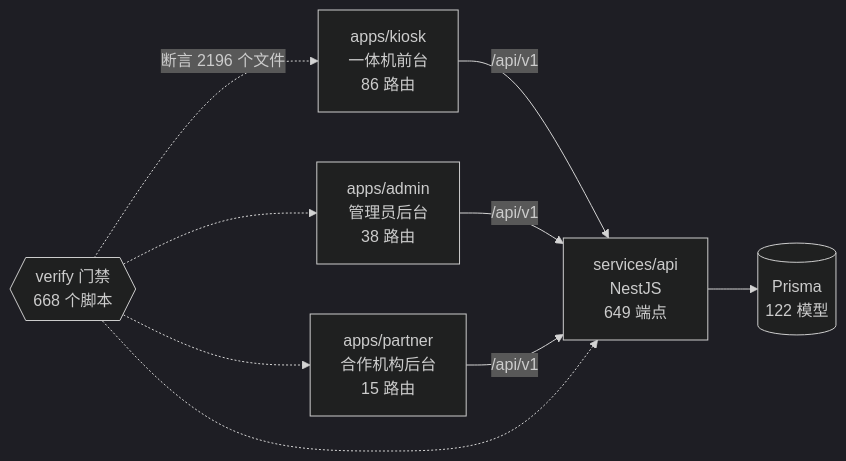
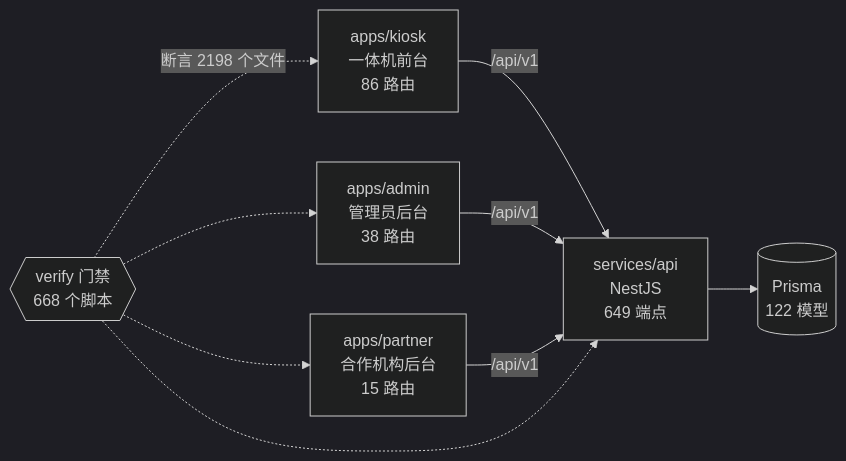
The diagram in docs/graph/README.md (wanglei581/YITIJI), drawn with Mermaid (dark theme) before and after one commit. The commit also changed other lines of this file and 14 other files, not shown here.

````diff
--- a/docs/graph/README.md
+++ b/docs/graph/README.md
@@ -68,18 +68,18 @@
 ```mermaid
 flowchart LR
   kiosk["apps/kiosk<br/>一体机前台<br/>86 路由"]
   admin["apps/admin<br/>管理员后台<br/>38 路由"]
   partner["apps/partner<br/>合作机构后台<br/>15 路由"]
   api["services/api<br/>NestJS<br/>649 端点"]
   db[("Prisma<br/>122 模型")]
   gates{{"verify 门禁<br/>668 个脚本"}}
 
   kiosk -->|"/api/v1"| api
   admin -->|"/api/v1"| api
   partner -->|"/api/v1"| api
   api --> db
-  gates -.->|"断言 2196 个文件"| kiosk
+  gates -.->|"断言 2198 个文件"| kiosk
   gates -.-> admin
   gates -.-> partner
   gates -.-> api
 ```
````
